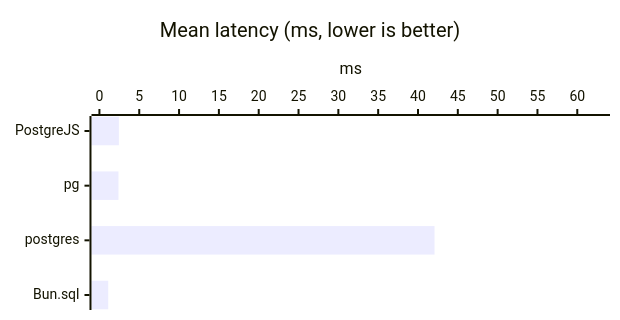
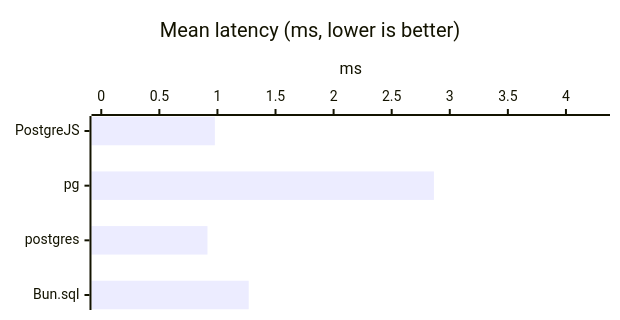
Diagram 16 of 56 in docs/getting-started/benchmarks-bun.md (panates/postgrejs-doc), drawn with Mermaid before and after one commit. The commit also changed other lines of this file and 13 other files, not shown here.

````diff
--- a/docs/getting-started/benchmarks-bun.md
+++ b/docs/getting-started/benchmarks-bun.md
@@ -450,8 +457,8 @@
 ```mermaid
 %%{init: {'xyChart': {'width': 600, 'height': 300, 'chartOrientation': 'horizontal'}}}%%
 xychart-beta
     title "Mean latency (ms, lower is better)"
     x-axis ["PostgreJS", "pg", "postgres", "Bun.sql"]
-    y-axis "ms" 0.0000 --> 63.1127
-    bar [2.4434, 2.3914, 42.0752, 1.1047]
+    y-axis "ms" 0.0000 --> 4.2950
+    bar [0.9780, 2.8633, 0.9141, 1.2695]
 ```
````
